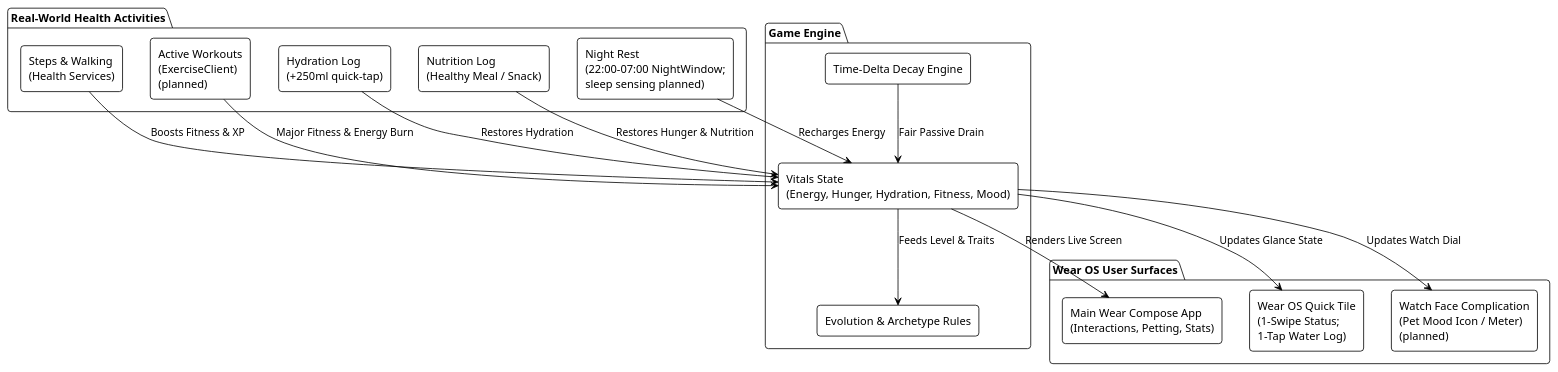
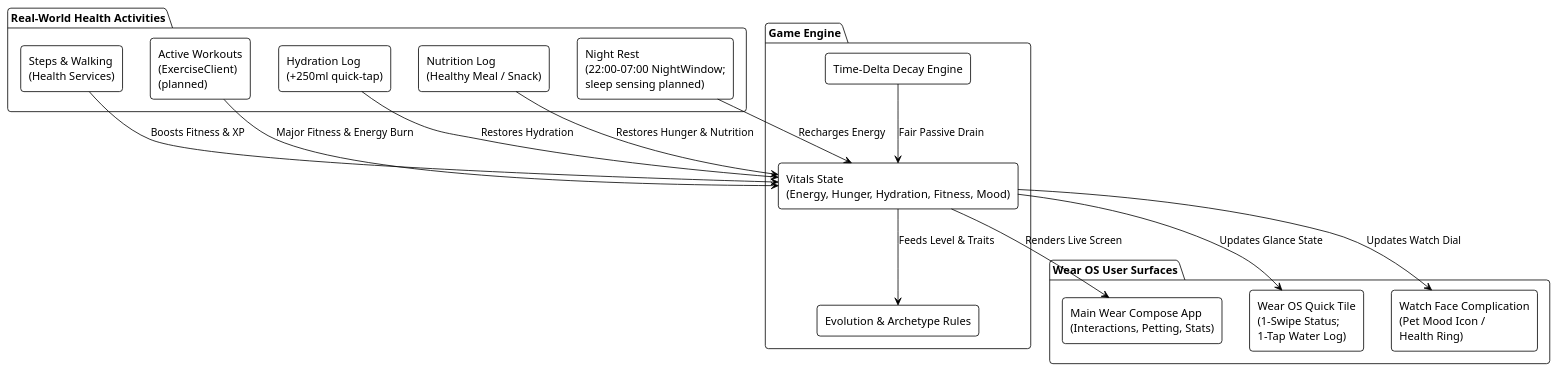
Before and after one commit to DunderGG/health-companion: the first of 7 diagrams in docs/ARCHITECTURE.md, drawn with PlantUML. The commit also changed other lines of this file and 20 other files, not shown here.

First line of the commit message:
Watch face complication: pet mood and overall health

````diff
--- a/docs/ARCHITECTURE.md
+++ b/docs/ARCHITECTURE.md
@@ -12,39 +12,39 @@
 ```plantuml
 @startuml System_Interaction_Flow
 !theme plain
 skinparam componentStyle rectangle
 skinparam roundCorner 8
 
 package "Real-World Health Activities" as RealWorld {
     [Steps & Walking\n(Health Services)] as Steps
     [Active Workouts\n(ExerciseClient)\n(planned)] as Workouts
     [Hydration Log\n(+250ml quick-tap)] as Water
     [Nutrition Log\n(Healthy Meal / Snack)] as Food
     [Night Rest\n(22:00–07:00 NightWindow;\nsleep sensing planned)] as Sleep
 }
 
 package "Game Engine" as PetEngine {
     [Time-Delta Decay Engine] as Decay
     [Vitals State\n(Energy, Hunger, Hydration, Fitness, Mood)] as Vitals
     [Evolution & Archetype Rules] as Evo
 }
 
 package "Wear OS User Surfaces" as WearSurfaces {
     [Main Wear Compose App\n(Interactions, Petting, Stats)] as MainApp
     [Wear OS Quick Tile\n(1-Swipe Status;\n1-Tap Water Log)] as Tile
-    [Watch Face Complication\n(Pet Mood Icon / Meter)\n(planned)] as Complication
+    [Watch Face Complication\n(Pet Mood Icon /\nHealth Ring)] as Complication
 }
 
 Steps --> Vitals : Boosts Fitness & XP
 Workouts --> Vitals : Major Fitness & Energy Burn
 Water --> Vitals : Restores Hydration
 Food --> Vitals : Restores Hunger & Nutrition
 Sleep --> Vitals : Recharges Energy
 Decay --> Vitals : Fair Passive Drain
 
 Vitals --> Evo : Feeds Level & Traits
 Vitals --> MainApp : Renders Live Screen
 Vitals --> Tile : Updates Glance State
 Vitals --> Complication : Updates Watch Dial
 @enduml
 ```
````
